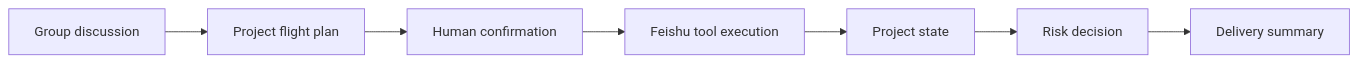
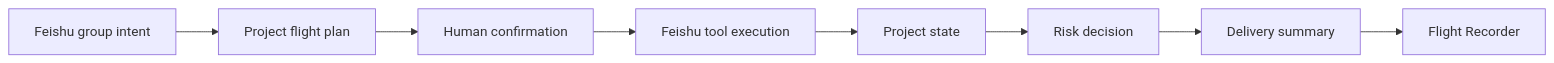
The diagram in docs/ROADMAP.md (DeliciousBuding/pilot-flow), drawn with Mermaid before and after one commit. The commit also changed other lines of this file and 90 other files, not shown here.

````diff
--- a/docs/ROADMAP.md
+++ b/docs/ROADMAP.md
@@ -28,9 +11,10 @@
 ```mermaid
 flowchart LR
-    A["Group discussion"] --> B["Project flight plan"]
+    A["Feishu group intent"] --> B["Project flight plan"]
     B --> C["Human confirmation"]
     C --> D["Feishu tool execution"]
     D --> E["Project state"]
     E --> F["Risk decision"]
     F --> G["Delivery summary"]
+    G --> H["Flight Recorder"]
 ```
````
